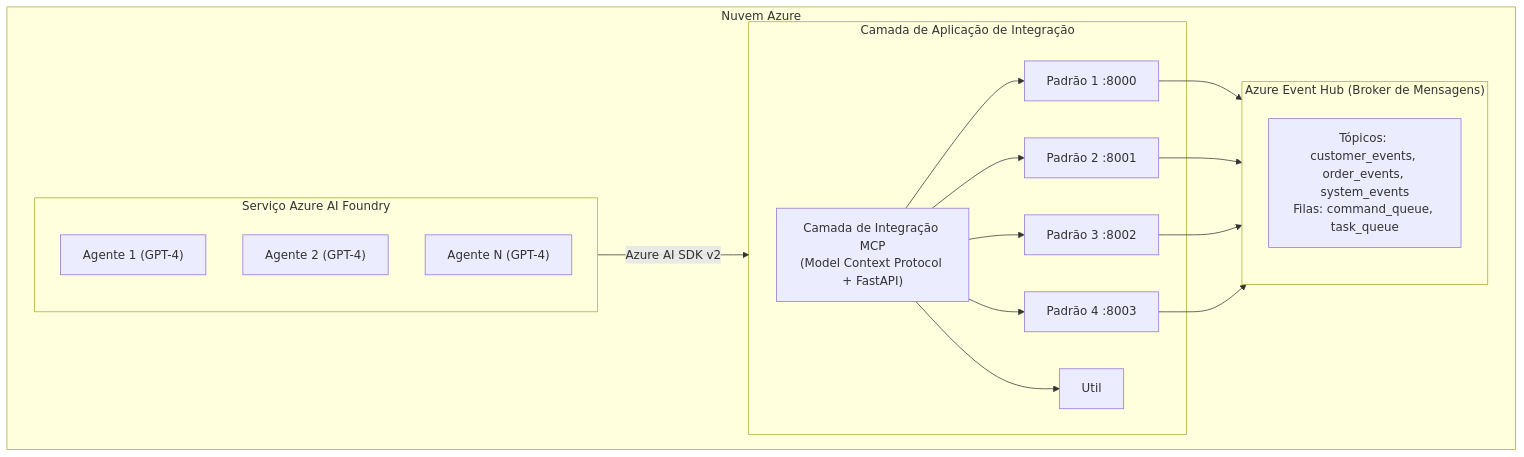
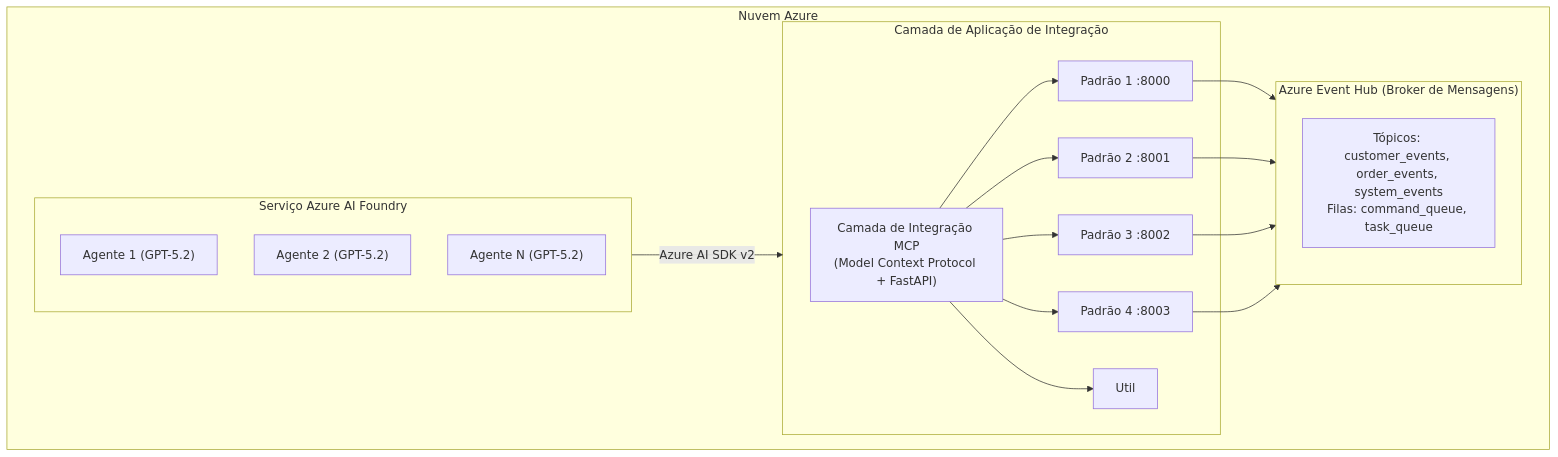
One commit to Cataldir/reactor-enterprise-integration-agents changed the first of 13 diagrams in ARCHITECTURE.md. Above: the diagram before and after it, drawn with Mermaid. The commit also changed 14 other files, not shown here.

````diff
--- a/ARCHITECTURE.md
+++ b/ARCHITECTURE.md
@@ -86,26 +86,26 @@
 ```mermaid
 graph TB
     subgraph Azure["Nuvem Azure"]
         subgraph AIF["Serviço Azure AI Foundry"]
-            A1["Agente 1 (GPT-4)"]
-            A2["Agente 2 (GPT-4)"]
-            AN["Agente N (GPT-4)"]
+            A1["Agente 1 (GPT-5.2)"]
+            A2["Agente 2 (GPT-5.2)"]
+            AN["Agente N (GPT-5.2)"]
         end
         AIF -->|Azure AI SDK v2| APP
         subgraph APP["Camada de Aplicação de Integração"]
             MCP["Camada de Integração MCP<br/>(Model Context Protocol + FastAPI)"]
             MCP --> P1["Padrão 1 :8000"]
             MCP --> P2["Padrão 2 :8001"]
             MCP --> P3["Padrão 3 :8002"]
             MCP --> P4["Padrão 4 :8003"]
             MCP --> UTIL["Util"]
         end
         P1 --> EH
         P2 --> EH
         P3 --> EH
         P4 --> EH
         subgraph EH["Azure Event Hub (Broker de Mensagens)"]
             TOPICS["Tópicos: customer_events, order_events, system_events<br/>Filas: command_queue, task_queue"]
         end
     end
 ```
````
